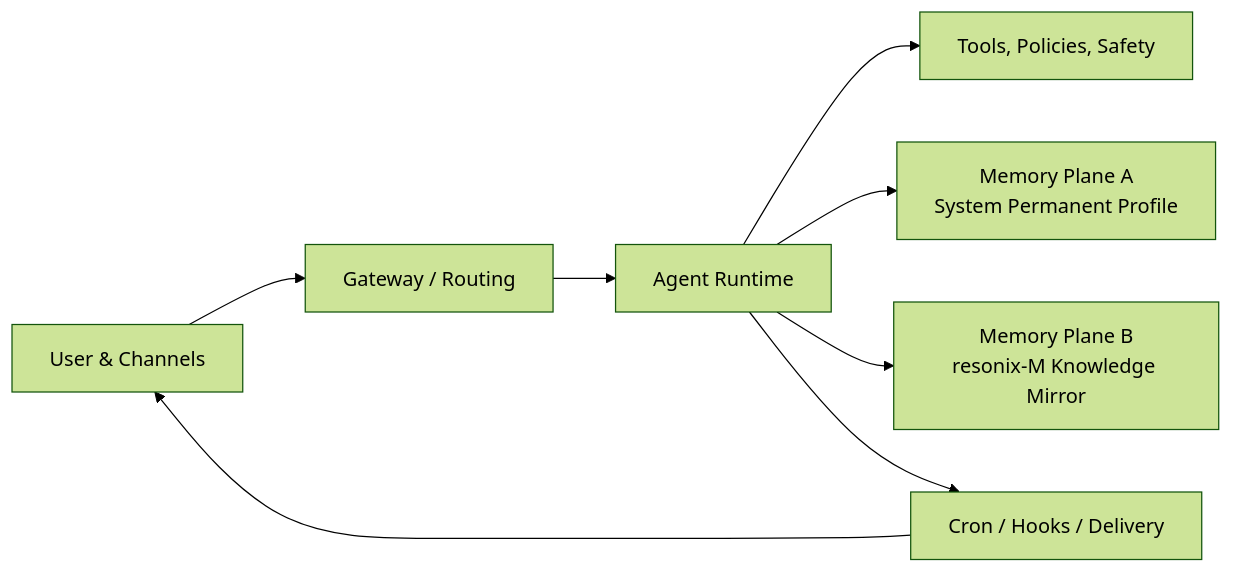
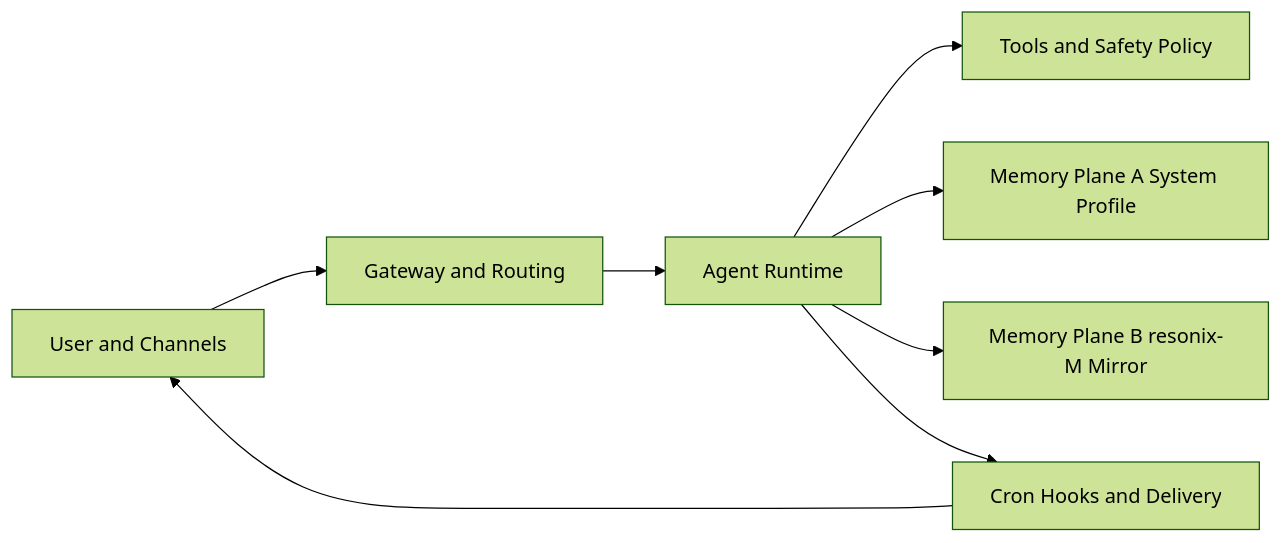
One commit to mangiapanejohn-dev/Resonix-AG changed the diagram in README.md. Above: the diagram before and after it, drawn with Mermaid (forest theme). The commit also changed other lines of this file, not shown here.

Commit message:
docs(readme): make deployment commands copy-ready and add architecture fallback

````diff
--- a/README.md
+++ b/README.md
@@ -41,10 +41,10 @@
 ```mermaid
 flowchart LR
-  U["User & Channels"] --> G["Gateway / Routing"]
-  G --> A["Agent Runtime"]
-  A --> T["Tools, Policies, Safety"]
-  A --> M1["Memory Plane A\nSystem Permanent Profile"]
-  A --> M2["Memory Plane B\nresonix-M Knowledge Mirror"]
-  A --> C["Cron / Hooks / Delivery"]
+  U[User and Channels] --> G[Gateway and Routing]
+  G --> A[Agent Runtime]
+  A --> T[Tools and Safety Policy]
+  A --> M1[Memory Plane A System Profile]
+  A --> M2[Memory Plane B resonix-M Mirror]
+  A --> C[Cron Hooks and Delivery]
   C --> U
 ```
````
